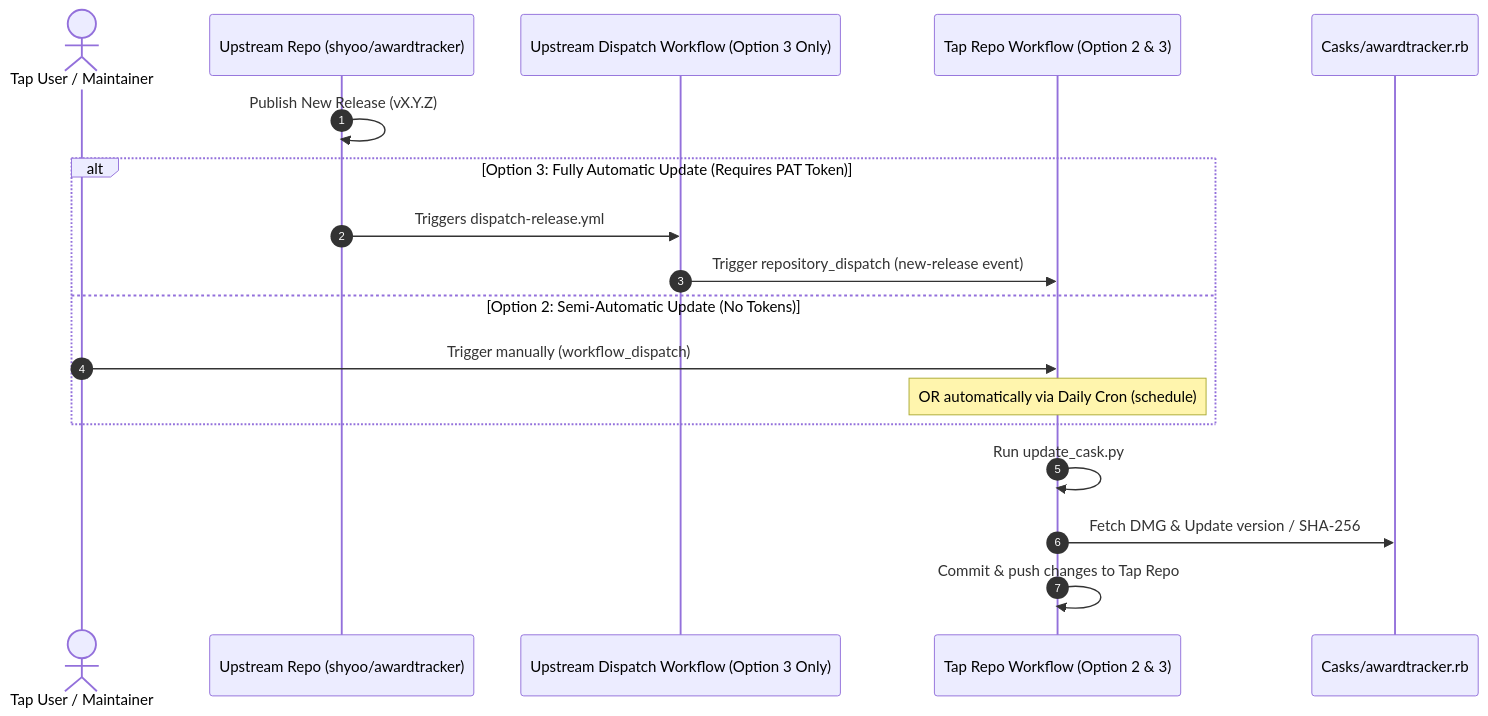
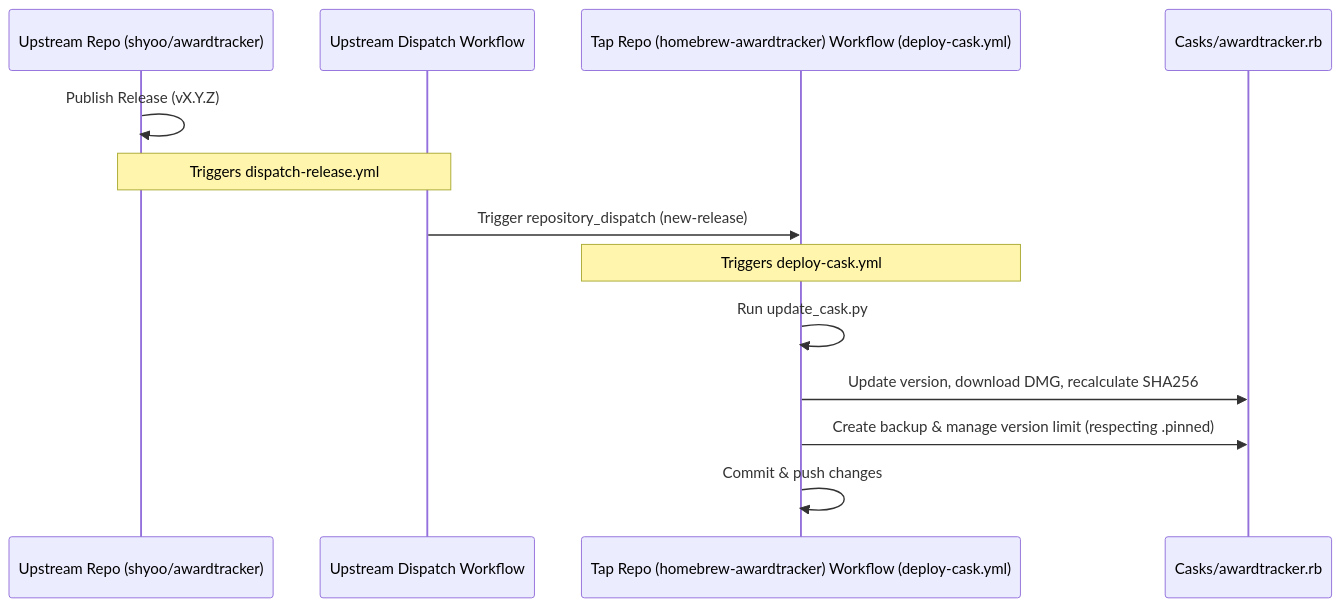
The diagram in .github/workflows/README.md (kevmando/homebrew-awardtracker), drawn with Mermaid before and after one commit. The commit also changed other lines of this file, not shown here.

````diff
--- a/.github/workflows/README.md
+++ b/.github/workflows/README.md
@@ -145,23 +143,16 @@
 ```mermaid
 sequenceDiagram
-    autonumber
-    actor User as Tap User / Maintainer
     participant Upstream as Upstream Repo (shyoo/awardtracker)
-    participant Action1 as Upstream Dispatch Workflow (Option 3 Only)
-    participant Action2 as Tap Repo Workflow (Option 2 & 3)
+    participant Action1 as Upstream Dispatch Workflow
+    participant Action2 as Tap Repo (homebrew-awardtracker) Workflow (deploy-cask.yml)
     participant CaskFile as Casks/awardtracker.rb
 
-    Upstream->>Upstream: Publish New Release (vX.Y.Z)
-
-    alt Option 3: Fully Automatic Update (Requires PAT Token)
-        Upstream->>Action1: Triggers dispatch-release.yml
-        Action1->>Action2: Trigger repository_dispatch (new-release event)
-    else Option 2: Semi-Automatic Update (No Tokens)
-        User->>Action2: Trigger manually (workflow_dispatch)
-        Note over Action2: OR automatically via Daily Cron (schedule)
-    end
-
+    Upstream->>Upstream: Publish Release (vX.Y.Z)
+    Note over Upstream, Action1: Triggers dispatch-release.yml
+    Action1->>Action2: Trigger repository_dispatch (new-release)
+    Note over Action2: Triggers deploy-cask.yml
     Action2->>Action2: Run update_cask.py
-    Action2->>CaskFile: Fetch DMG & Update version / SHA-256
-    Action2->>Action2: Commit & push changes to Tap Repo
+    Action2->>CaskFile: Update version, download DMG, recalculate SHA256
+    Action2->>CaskFile: Create backup & manage version limit (respecting .pinned)
+    Action2->>Action2: Commit & push changes
 ```
````
